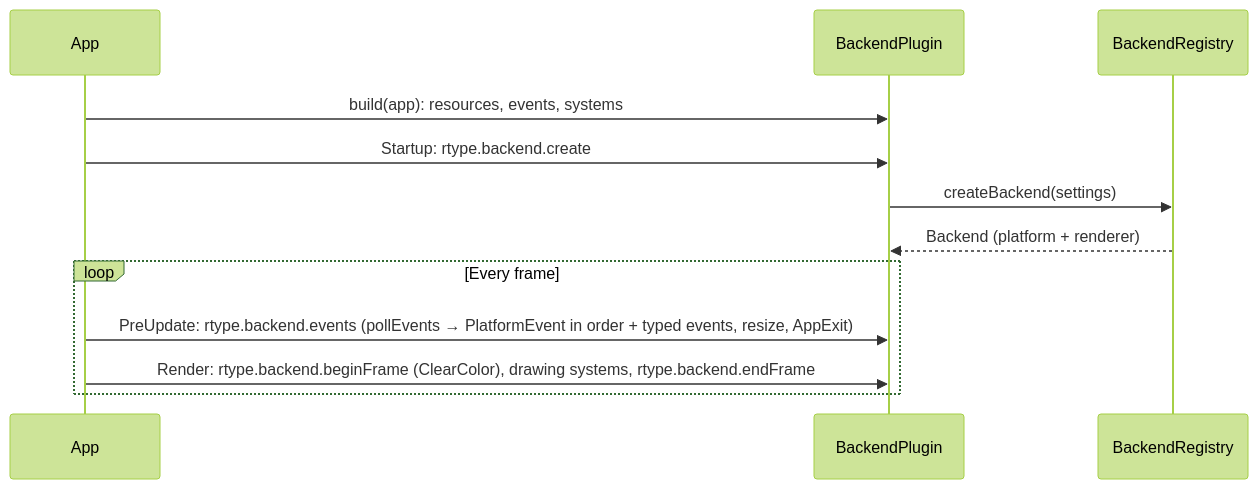
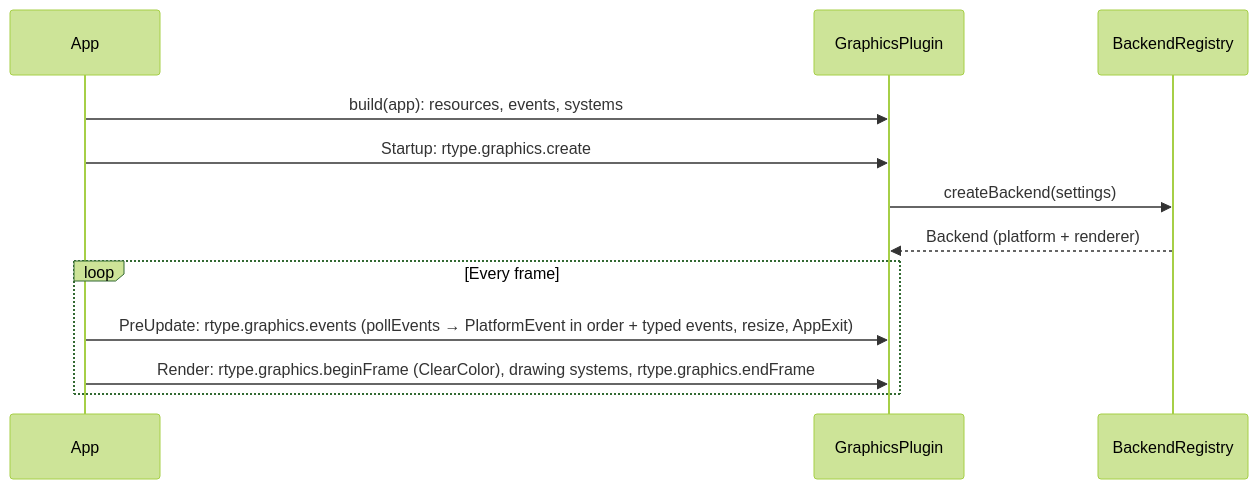
Before and after one commit to Charles-Mahoudeau/rtype: the diagram in docs/ecs/features/14-app-and-plugins.md, drawn with Mermaid (forest theme). The commit also changed other lines of this file and 19 other files, not shown here.

````diff
--- a/docs/ecs/features/14-app-and-plugins.md
+++ b/docs/ecs/features/14-app-and-plugins.md
@@ -217,14 +217,14 @@
 ```mermaid
 sequenceDiagram
     participant App
-    participant BP as BackendPlugin
+    participant BP as GraphicsPlugin
     participant BR as BackendRegistry
     App->>BP: build(app): resources, events, systems
-    App->>BP: Startup: rtype.backend.create
+    App->>BP: Startup: rtype.graphics.create
     BP->>BR: createBackend(settings)
     BR-->>BP: Backend (platform + renderer)
     loop Every frame
-        App->>BP: PreUpdate: rtype.backend.events (pollEvents → PlatformEvent in order + typed events, resize, AppExit)
-        App->>BP: Render: rtype.backend.beginFrame (ClearColor), drawing systems, rtype.backend.endFrame
+        App->>BP: PreUpdate: rtype.graphics.events (pollEvents → PlatformEvent in order + typed events, resize, AppExit)
+        App->>BP: Render: rtype.graphics.beginFrame (ClearColor), drawing systems, rtype.graphics.endFrame
     end
 ```
````
